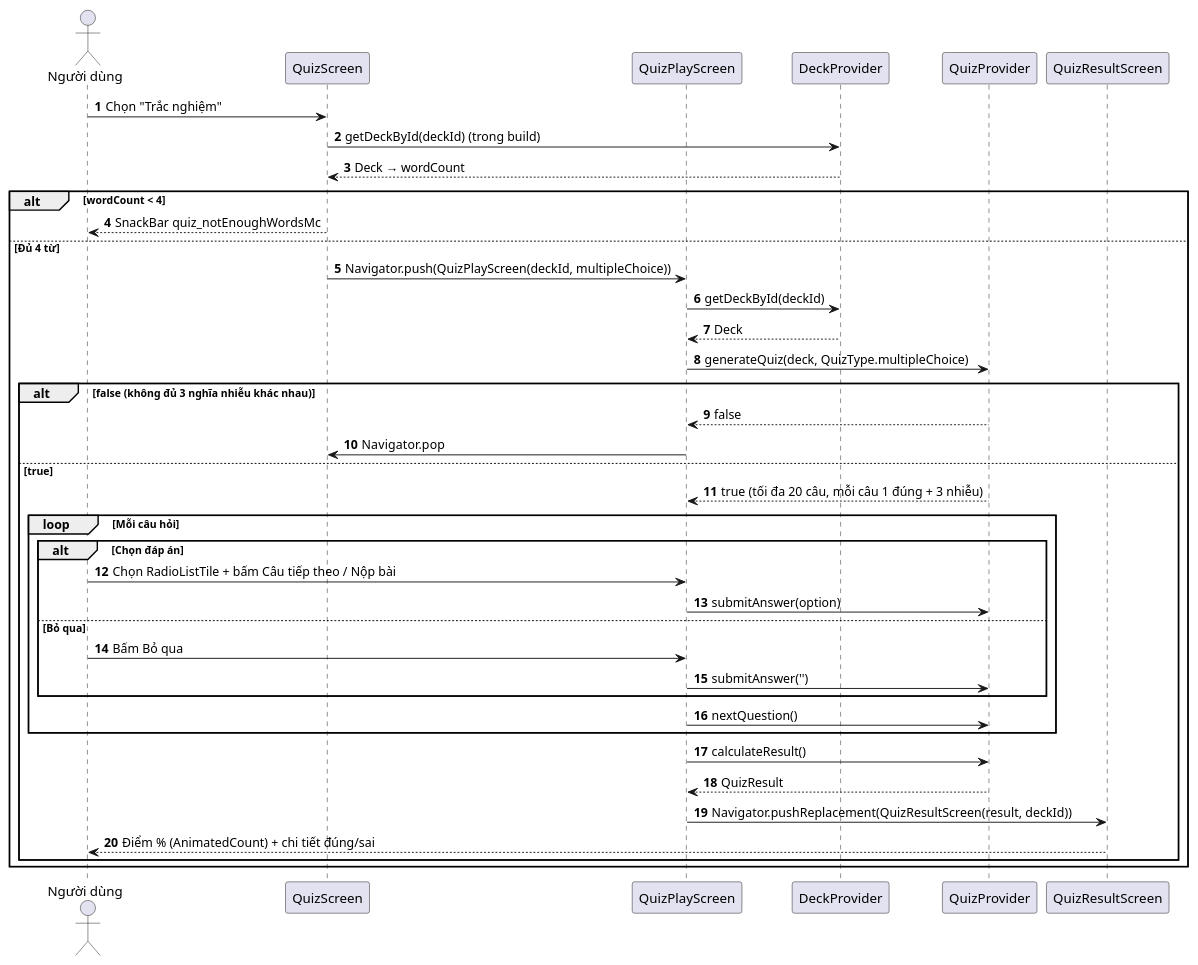
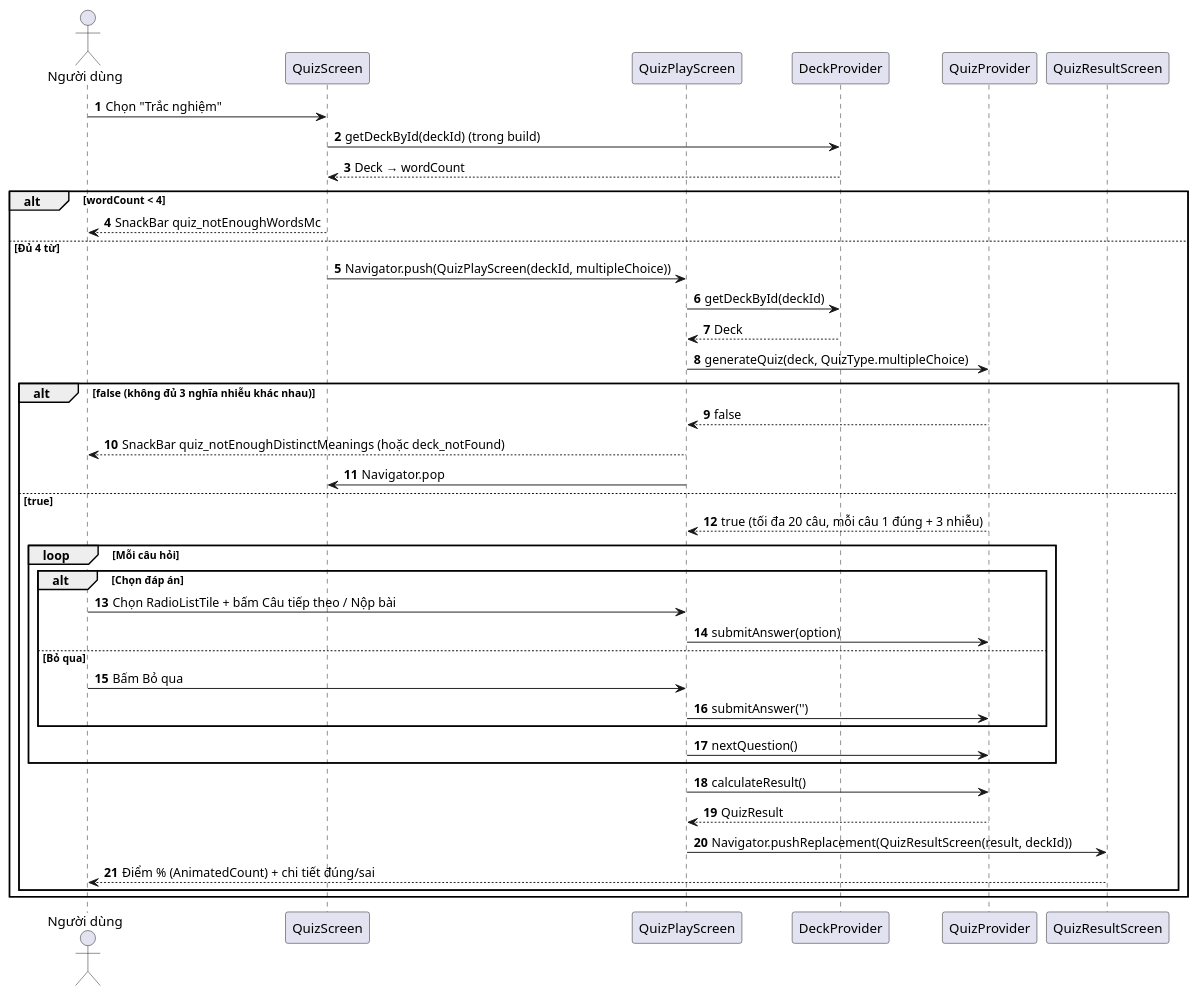
Before and after one commit to hoang-adu/2026_2027_1_1_LTTBDD_N01_Nhom_2: the diagram in docs/sequence_quiz_multiple_choice.puml, drawn with PlantUML. The commit also changed 5 other files, not shown here.

```diff
--- a/docs/sequence_quiz_multiple_choice.puml
+++ b/docs/sequence_quiz_multiple_choice.puml
@@ -1,41 +1,42 @@
 @startuml
 autonumber
 actor "Người dùng" as User
 participant "QuizScreen" as UI1
 participant "QuizPlayScreen" as UI2
 participant "DeckProvider" as DeckProvider
 participant "QuizProvider" as Quiz
 participant "QuizResultScreen" as UIResult
 
 User -> UI1: Chọn "Trắc nghiệm"
 UI1 -> DeckProvider: getDeckById(deckId) (trong build)
 DeckProvider --> UI1: Deck → wordCount
 alt wordCount < 4
     UI1 --> User: SnackBar quiz_notEnoughWordsMc
 else Đủ 4 từ
     UI1 -> UI2: Navigator.push(QuizPlayScreen(deckId, multipleChoice))
     UI2 -> DeckProvider: getDeckById(deckId)
     DeckProvider --> UI2: Deck
     UI2 -> Quiz: generateQuiz(deck, QuizType.multipleChoice)
     alt false (không đủ 3 nghĩa nhiễu khác nhau)
         Quiz --> UI2: false
+        UI2 --> User: SnackBar quiz_notEnoughDistinctMeanings (hoặc deck_notFound)
         UI2 -> UI1: Navigator.pop
     else true
         Quiz --> UI2: true (tối đa 20 câu, mỗi câu 1 đúng + 3 nhiễu)
         loop Mỗi câu hỏi
             alt Chọn đáp án
                 User -> UI2: Chọn RadioListTile + bấm Câu tiếp theo / Nộp bài
                 UI2 -> Quiz: submitAnswer(option)
             else Bỏ qua
                 User -> UI2: Bấm Bỏ qua
                 UI2 -> Quiz: submitAnswer('')
             end
             UI2 -> Quiz: nextQuestion()
         end
         UI2 -> Quiz: calculateResult()
         Quiz --> UI2: QuizResult
         UI2 -> UIResult: Navigator.pushReplacement(QuizResultScreen(result, deckId))
         UIResult --> User: Điểm % (AnimatedCount) + chi tiết đúng/sai
     end
 end
 @enduml
```
